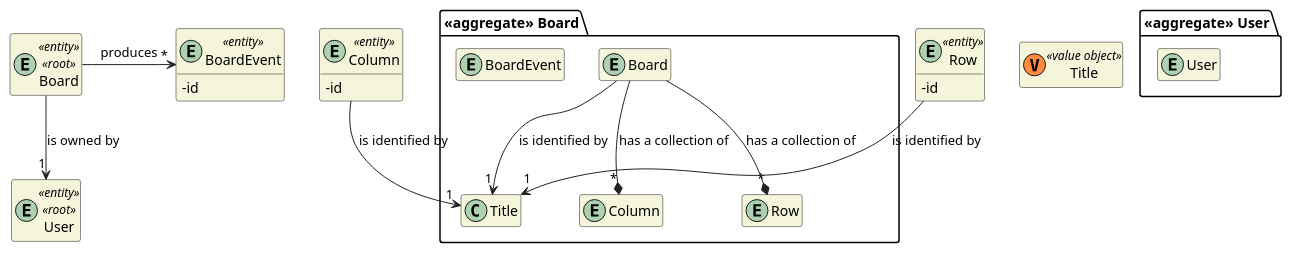
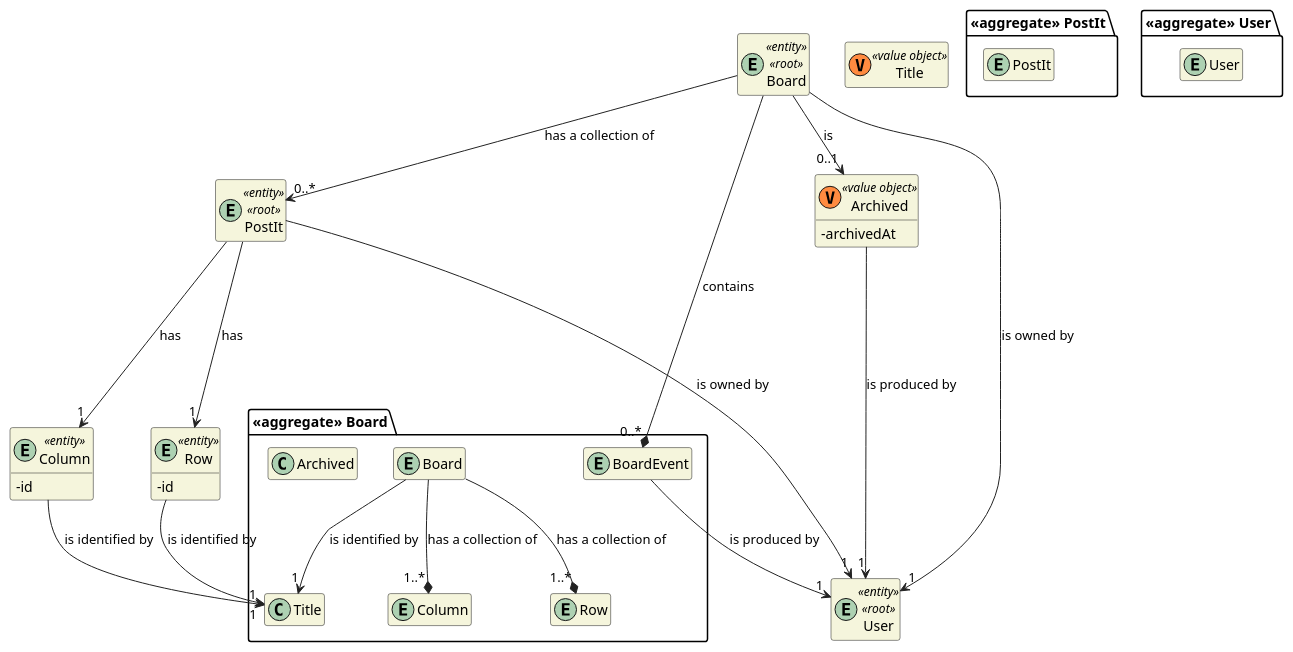
Before and after one commit to miseEnPlace-dev/lapr4: the diagram in docs/DM/DM_Board.puml, drawn with PlantUML. The commit also changed 4 other files, not shown here.

```diff
--- a/docs/DM/DM_Board.puml
+++ b/docs/DM/DM_Board.puml
@@ -1,54 +1,74 @@
-@startuml DM-COURSE
+@startuml DM-BOARD
 'https://plantuml.com/class-diagram
 
 skinparam classAttributeIconSize 0
 hide empty attributes
 hide empty methods
 skinparam classBackgroundColor beige
 skinparam ArrowColor #222222
 
 package "<<aggregate>> Board" {
     entity Board
 
     class Title
     entity Column
     entity Row
     entity BoardEvent
+
+    class Archived
+}
+
+package "<<aggregate>> PostIt" {
+    entity PostIt
 }
 
 package "<<aggregate>> User" {
     entity User
 }
 
+entity PostIt <<entity>> <<root>> {
+
+}
+
 entity User <<entity>> <<root>> {
 }
 
 Board --> "1" Title : is identified by
-Board --* "*" Column : has a collection of
-Board --* "*" Row : has a collection of
+Board --* "1..*" Column : has a collection of
+Board --* "1..*" Row : has a collection of
+
 
 entity Board <<entity>> <<root>> {
 }
 
 entity Column <<entity>> {
-  - id
-}
-
-entity BoardEvent <<entity>> {
   - id
 }
 
 Column --> "1" Title : is identified by
 
 entity Row <<entity>> {
   - id
 }
 
 Row --> "1" Title : is identified by
 
 class Title <<(V,#FF8B40) value object>> {}
+class Archived <<(V,#FF8B40) value object>> {
+  - archivedAt
+}
 
-Board -> "*" BoardEvent : produces
+Board -* "0..*" BoardEvent : contains
 Board --> "1" User : is owned by
+Board --> "0..*" PostIt : has a collection of
+Board --> "0..1" Archived : is
+
+Archived --> "1" User : is produced by
+
+PostIt ---> "1" User : is owned by
+PostIt ---> "1" Column : has
+PostIt ---> "1" Row : has
+
+BoardEvent --> "1" User : is produced by
 
 @enduml
```
